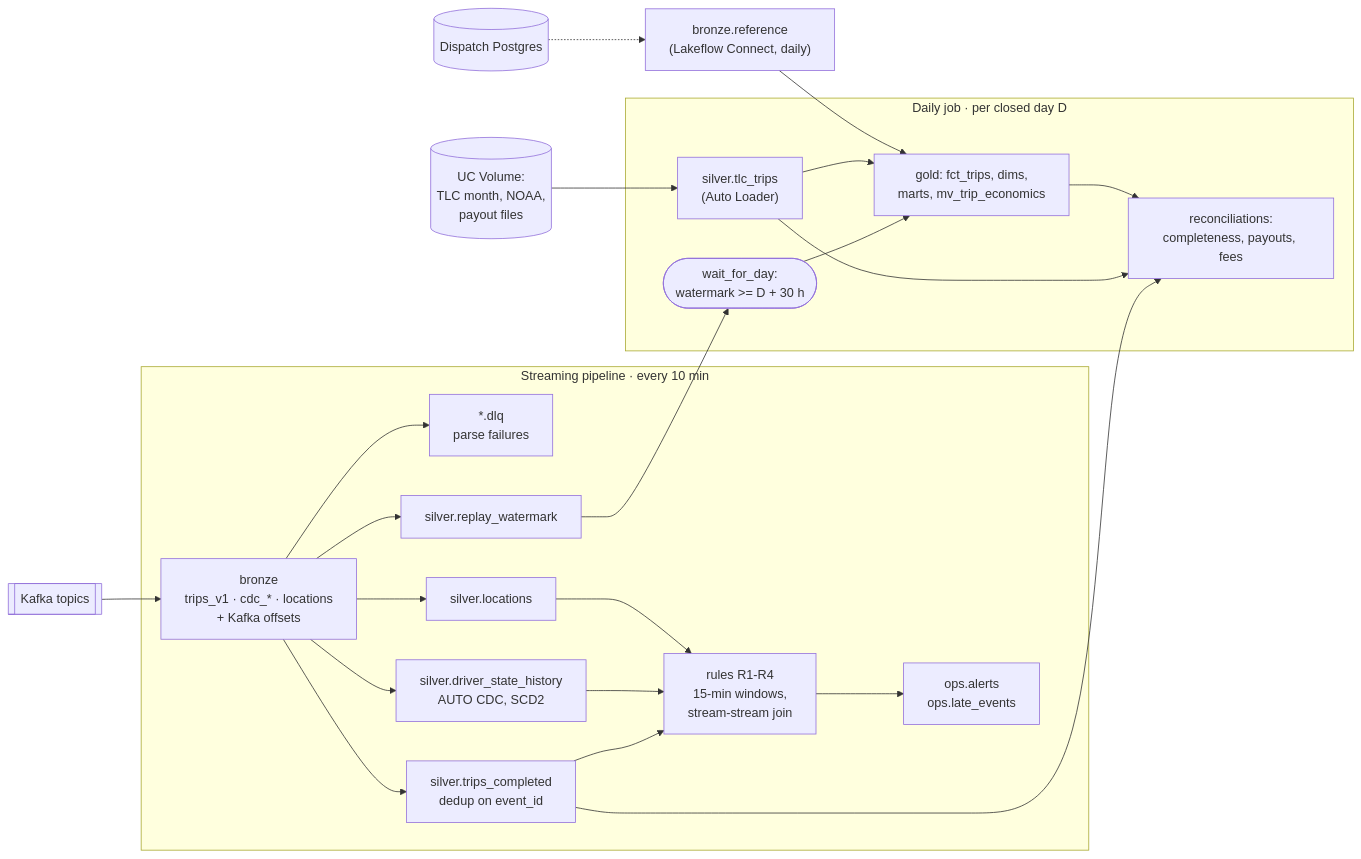
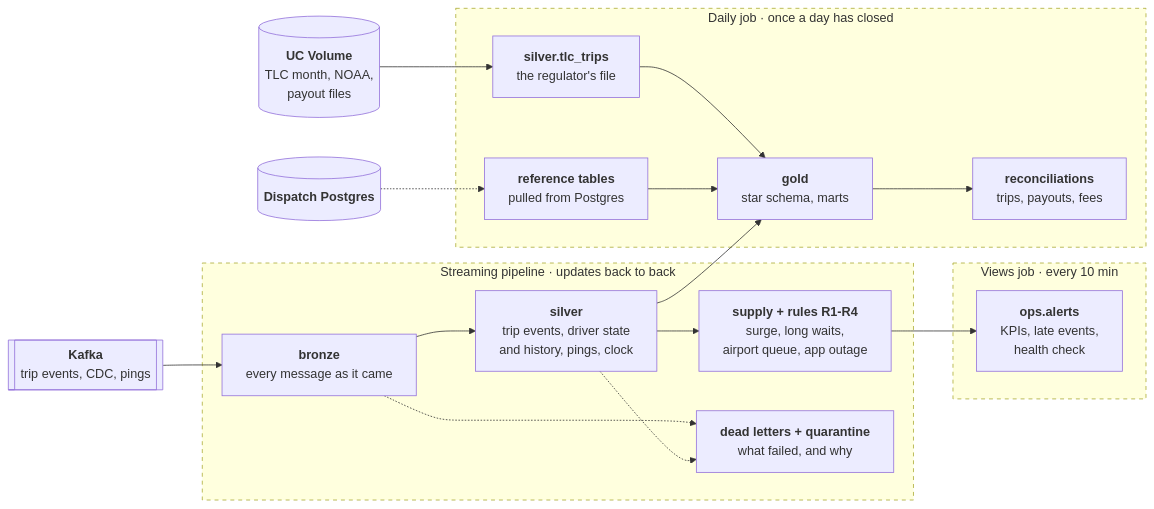
Before and after one commit to haotieu2001/ridepulse: the fourth of 4 diagrams in docs/design/c4.md, drawn with Mermaid. The commit also changed other lines of this file and 2 other files, not shown here.

First line of the commit message:
Diagrams: the replayer shown as the stand-in for the apps, RideDesk out, the lakehouse redrawn to what runs

````diff
--- a/docs/design/c4.md
+++ b/docs/design/c4.md
@@ -149,37 +164,38 @@
 ```mermaid
 flowchart LR
-    k[["Kafka topics"]]
-    files[("UC Volume:<br/>TLC month, NOAA,<br/>payout files")]
-    pgref[("Dispatch Postgres")]
+    k[["<b>Kafka</b><br/>trip events, CDC, pings"]]
+    vol[("<b>UC Volume</b><br/>TLC month, NOAA,<br/>payout files")]
+    pg[("<b>Dispatch Postgres</b>")]
 
-    subgraph streaming["Streaming pipeline · every 10 min"]
-        b1["bronze<br/>trips_v1 · cdc_* · locations<br/>+ Kafka offsets"]
-        dlq["*.dlq<br/>parse failures"]
-        s1["silver.trips_completed<br/>dedup on event_id"]
-        s2["silver.driver_state_history<br/>AUTO CDC, SCD2"]
-        sl["silver.locations"]
-        sw["silver.replay_watermark"]
-        rules["rules R1-R4<br/>15-min windows,<br/>stream-stream join"]
-        alerts["ops.alerts<br/>ops.late_events"]
+    subgraph streaming["Streaming pipeline · updates back to back"]
+        bronze["<b>bronze</b><br/>every message as it came"]
+        silver["<b>silver</b><br/>trip events, driver state<br/>and history, pings, clock"]
+        rules["<b>supply + rules R1-R4</b><br/>surge, long waits,<br/>airport queue, app outage"]
+        bad["<b>dead letters + quarantine</b><br/>what failed, and why"]
     end
 
-    subgraph daily["Daily job · per closed day D"]
-        gate(["wait_for_day:<br/>watermark >= D + 30 h"])
-        st["silver.tlc_trips<br/>(Auto Loader)"]
-        gold["gold: fct_trips, dims,<br/>marts, mv_trip_economics"]
-        recon["reconciliations:<br/>completeness, payouts, fees"]
+    subgraph views["Views job · every 10 min"]
+        alerts["<b>ops.alerts</b><br/>KPIs, late events,<br/>health check"]
     end
 
-    ref["bronze.reference<br/>(Lakeflow Connect, daily)"]
+    subgraph daily["Daily job · once a day has closed"]
+        files["<b>silver.tlc_trips</b><br/>the regulator's file"]
+        ref["<b>reference tables</b><br/>pulled from Postgres"]
+        gold["<b>gold</b><br/>star schema, marts"]
+        recon["<b>reconciliations</b><br/>trips, payouts, fees"]
+    end
 
-    k --> b1
-    b1 --> dlq
-    b1 --> s1 & s2 & sl & sw
-    s1 & s2 & sl --> rules --> alerts
-    sw --> gate
-    files --> st
-    pgref -.-> ref
-    gate --> gold
-    st & ref --> gold
-    s1 & st & gold --> recon
+    k --> bronze --> silver --> rules --> alerts
+    bronze -.-> bad
+    silver -.-> bad
+    vol --> files
+    pg -.-> ref
+    silver --> gold
+    files --> gold
+    ref --> gold
+    gold --> recon
+
+    style streaming stroke-dasharray: 5 5
+    style views stroke-dasharray: 5 5
+    style daily stroke-dasharray: 5 5
 ```
````
